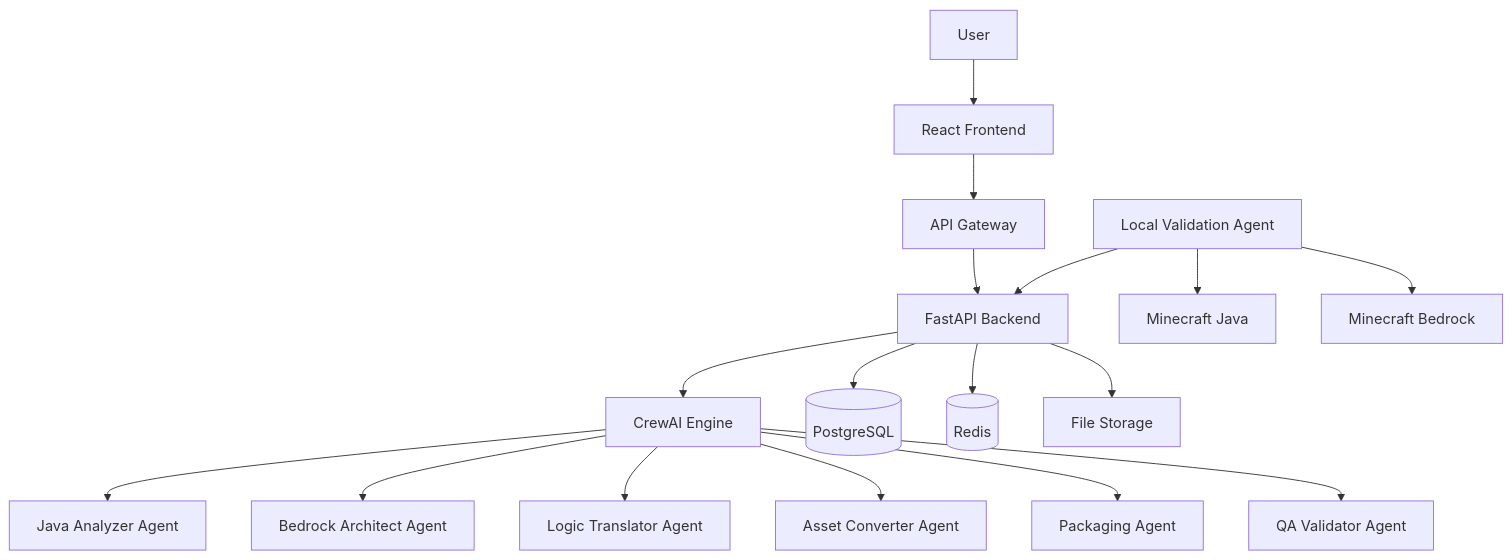
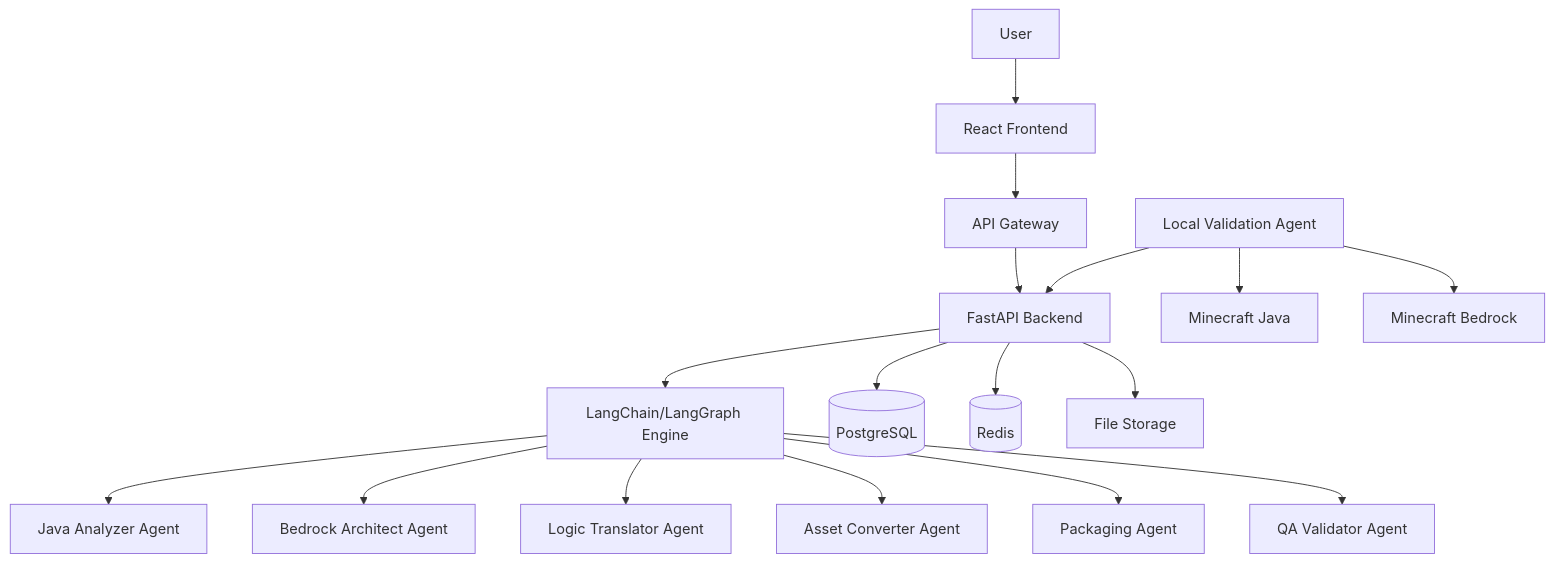
The first of 2 diagrams in docs/ARCHITECTURE.md (anchapin/ModPorter-AI), drawn with Mermaid before and after one commit. The commit also changed other lines of this file and 64 other files, not shown here.

````diff
--- a/docs/ARCHITECTURE.md
+++ b/docs/ARCHITECTURE.md
@@ -9,21 +9,21 @@
 ```mermaid
 graph TB
     User[User] --> Frontend[React Frontend]
     Frontend --> Gateway[API Gateway]
     Gateway --> Backend[FastAPI Backend]
-    Backend --> AIEngine[CrewAI Engine]
+    Backend --> AIEngine[LangChain/LangGraph Engine]
     Backend --> Database[(PostgreSQL)]
     Backend --> Cache[(Redis)]
     Backend --> FileStorage[File Storage]
     
     AIEngine --> JavaAnalyzer[Java Analyzer Agent]
     AIEngine --> BedrockArchitect[Bedrock Architect Agent]
     AIEngine --> LogicTranslator[Logic Translator Agent]
     AIEngine --> AssetConverter[Asset Converter Agent]
     AIEngine --> PackagingAgent[Packaging Agent]
     AIEngine --> QAValidator[QA Validator Agent]
     
     LocalAgent[Local Validation Agent] --> MinecraftJava[Minecraft Java]
     LocalAgent --> MinecraftBedrock[Minecraft Bedrock]
     LocalAgent --> Backend
 ```
````
